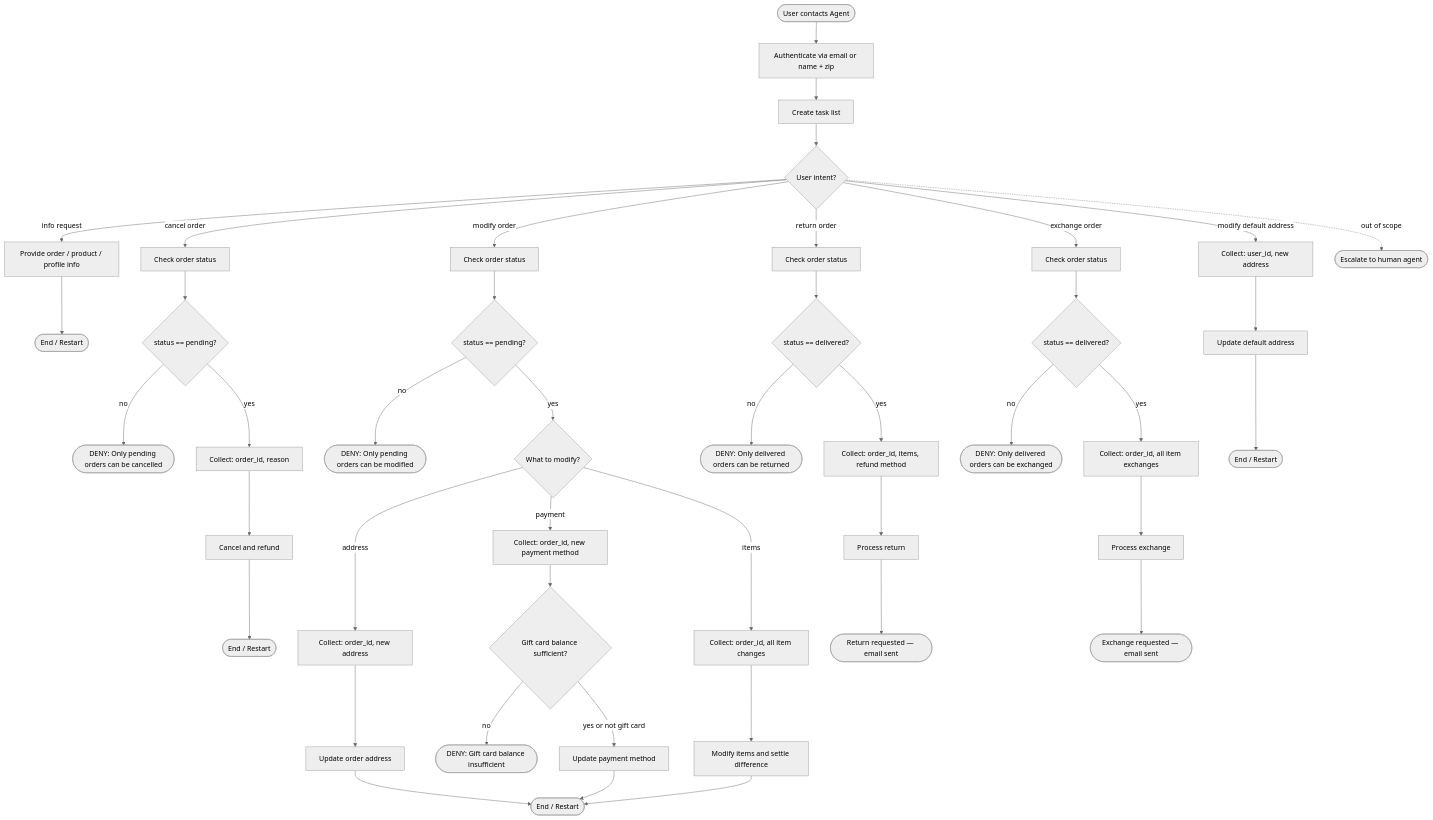
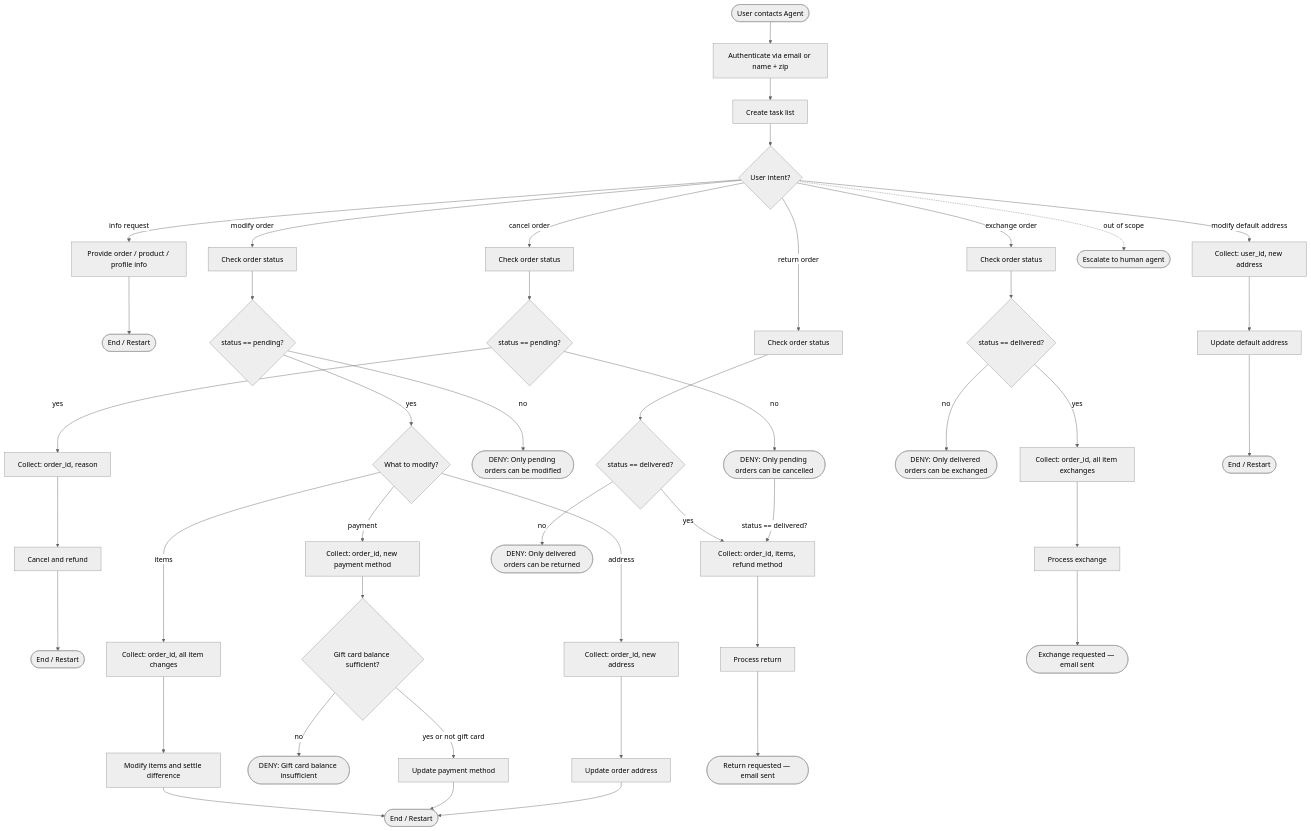
Before and after one commit to codesque16/tau2-mermaid: the diagram in agent/agent_mermaid/mermaid-agents/retail/AGENTS.md, drawn with Mermaid (neutral theme). The commit also changed other lines of this file and 1 other file, not shown here.

````diff
--- a/agent/agent_mermaid/mermaid-agents/retail/AGENTS.md
+++ b/agent/agent_mermaid/mermaid-agents/retail/AGENTS.md
@@ -102,43 +106,43 @@
 ```mermaid
 flowchart TD
     START([User contacts Agent]) --> AUTH["Authenticate via email or name + zip"]
     AUTH --> MAKE_TODOS["Create task list"]
     MAKE_TODOS --> ROUTE{User intent?}
 
     %% --- Info ---
     ROUTE -->|info request| INFO["Provide order / product / profile info"] --> END_INFO([End / Restart])
 
     %% --- Cancel ---
     ROUTE -->|cancel order| CHK_CANCEL["Check order status"] --> IS_PENDING_C{status == pending?}
-    IS_PENDING_C -->|no| DENY_CANCEL([DENY: Only pending orders can be cancelled])
+    IS_PENDING_C -->|no| DENY_CANCEL([DENY: Only pending orders can be cancelled]) -->|status == delivered?| COLLECT_RETURN
     IS_PENDING_C -->|yes| COLLECT_CANCEL["Collect: order_id, reason"] --> DO_CANCEL["Cancel and refund"] --> END_CANCEL([End / Restart])
 
     %% --- Modify ---
     ROUTE -->|modify order| CHK_MOD["Check order status"] --> IS_PENDING_M{status == pending?}
     IS_PENDING_M -->|no| DENY_MOD([DENY: Only pending orders can be modified])
     IS_PENDING_M -->|yes| MOD_TYPE{What to modify?}
 
     MOD_TYPE -->|address| COLLECT_MOD_ADDR["Collect: order_id, new address"] --> DO_MOD_ADDR["Update order address"] --> END_MOD([End / Restart])
 
     MOD_TYPE -->|payment| COLLECT_MOD_PAY["Collect: order_id, new payment method"] --> IS_GC_OK{Gift card balance sufficient?}
     IS_GC_OK -->|no| DENY_PAY([DENY: Gift card balance insufficient])
     IS_GC_OK -->|yes or not gift card| DO_MOD_PAY["Update payment method"] --> END_MOD
 
     MOD_TYPE -->|items| COLLECT_MOD_ITEMS["Collect: order_id, all item changes"] --> DO_MOD_ITEMS["Modify items and settle difference"] --> END_MOD
 
     %% --- Return ---
     ROUTE -->|return order| CHK_RETURN["Check order status"] --> IS_DELIVERED_R{status == delivered?}
     IS_DELIVERED_R -->|no| DENY_RETURN([DENY: Only delivered orders can be returned])
     IS_DELIVERED_R -->|yes| COLLECT_RETURN["Collect: order_id, items, refund method"] --> DO_RETURN["Process return"] --> END_RETURN([Return requested — email sent])
 
     %% --- Exchange ---
     ROUTE -->|exchange order| CHK_EXCH["Check order status"] --> IS_DELIVERED_E{status == delivered?}
     IS_DELIVERED_E -->|no| DENY_EXCH([DENY: Only delivered orders can be exchanged])
     IS_DELIVERED_E -->|yes| COLLECT_EXCH["Collect: order_id, all item exchanges"] --> DO_EXCH["Process exchange"] --> END_EXCH([Exchange requested — email sent])
 
     %% --- User address ---
     ROUTE -->|modify default address| COLLECT_USER_ADDR["Collect: user_id, new address"] --> DO_USER_ADDR["Update default address"] --> END_UADDR([End / Restart])
 
     %% --- Fallback ---
     ROUTE -.->|out of scope| ESCALATE_HUMAN([Escalate to human agent])
 ```
````
